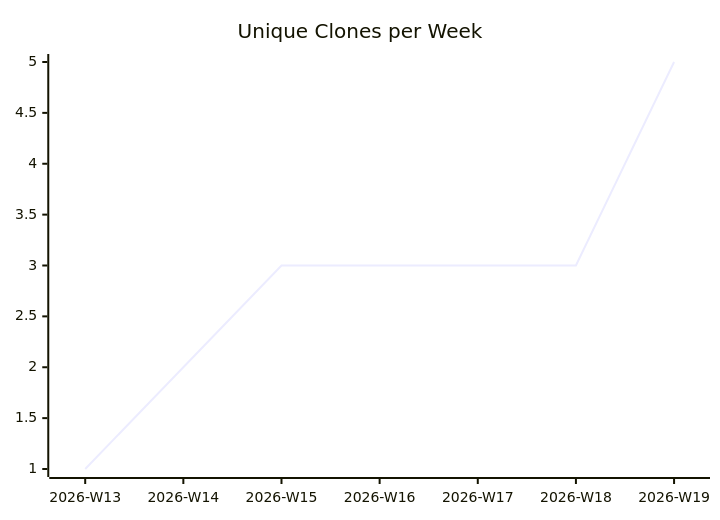
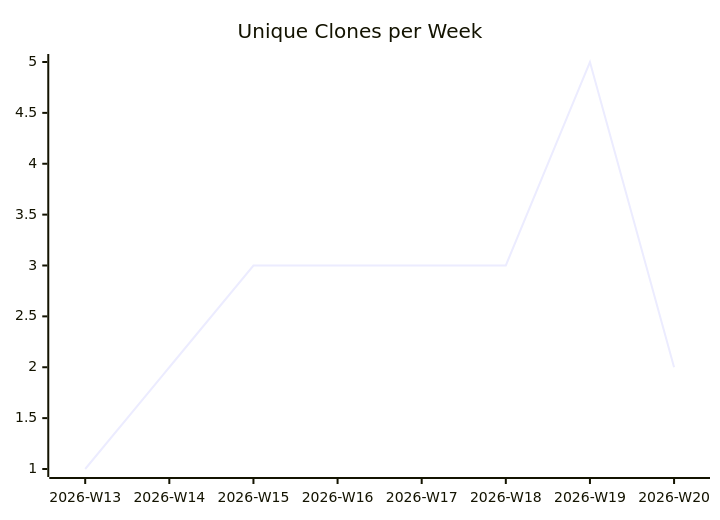
One commit to justdavis-family/github-analytics-data changed the third of 3 diagrams in karlmdavis/xmlpull/README.md. Above: the diagram before and after it, drawn with Mermaid. The commit also changed other lines of this file and 176 other files, not shown here.

````diff
--- a/karlmdavis/xmlpull/README.md
+++ b/karlmdavis/xmlpull/README.md
@@ -19,6 +19,6 @@
 ```mermaid
 xychart-beta
   title "Unique Clones per Week"
-  x-axis ["2026-W13", "2026-W14", "2026-W15", "2026-W16", "2026-W17", "2026-W18", "2026-W19"]
-  line [1, 2, 3, 3, 3, 3, 5]
+  x-axis ["2026-W13", "2026-W14", "2026-W15", "2026-W16", "2026-W17", "2026-W18", "2026-W19", "2026-W20"]
+  line [1, 2, 3, 3, 3, 3, 5, 2]
 ```
````
